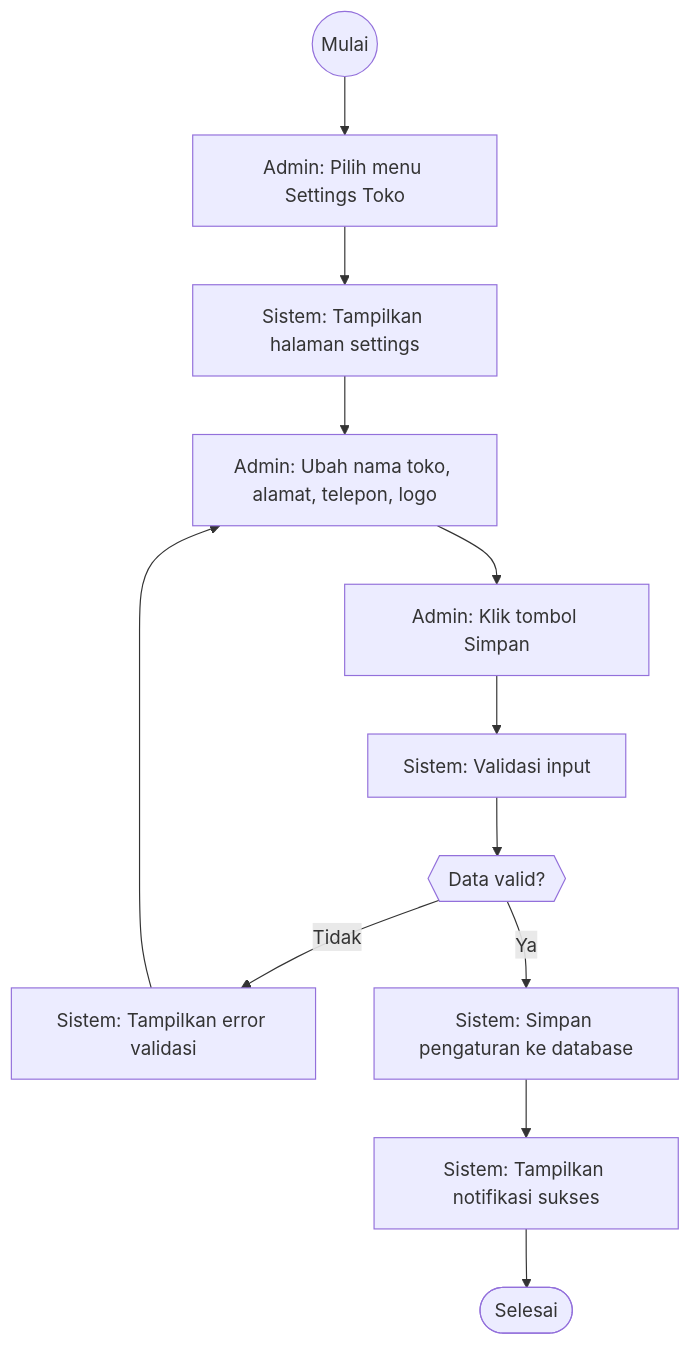
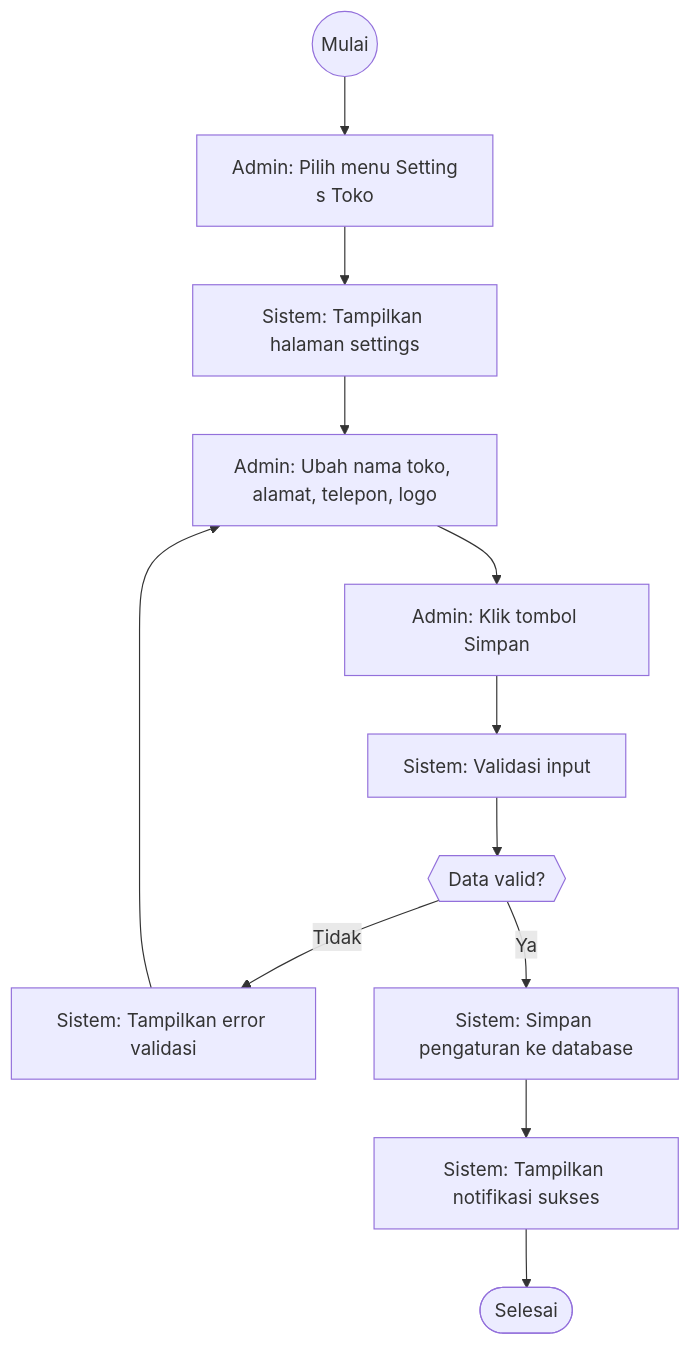
One commit to devWebs01/POS-DW changed diagram 17 of 40 in docs/4.2-perancangan-sistem.md. Above: the diagram before and after it, drawn with Mermaid. The commit also changed other lines of this file, not shown here.

````diff
--- a/docs/4.2-perancangan-sistem.md
+++ b/docs/4.2-perancangan-sistem.md
@@ -1338,21 +1417,22 @@
 ```mermaid
 flowchart TD
   start((Mulai))
-  A_A["Admin: Pilih menu Settings Toko"]
+  A_A["Admin: Pilih menu Setting
+s Toko"]
   start --> A_A
   S_A["Sistem: Tampilkan halaman settings"]
   A_A --> S_A
   A_B["Admin: Ubah nama toko, alamat, telepon, logo"]
   S_A --> A_B
   A_C["Admin: Klik tombol Simpan"]
   A_B --> A_C
   S_B["Sistem: Validasi input"]
   A_C --> S_B
   D_A{{"Data valid?"}}
   S_B --> D_A
   D_A -->|Tidak| E_A["Sistem: Tampilkan error validasi"]
   E_A --> A_B
   D_A -->|Ya| S_C["Sistem: Simpan pengaturan ke database"]
   S_C --> S_D["Sistem: Tampilkan notifikasi sukses"]
   S_D --> end_success([Selesai])
 ```
````
